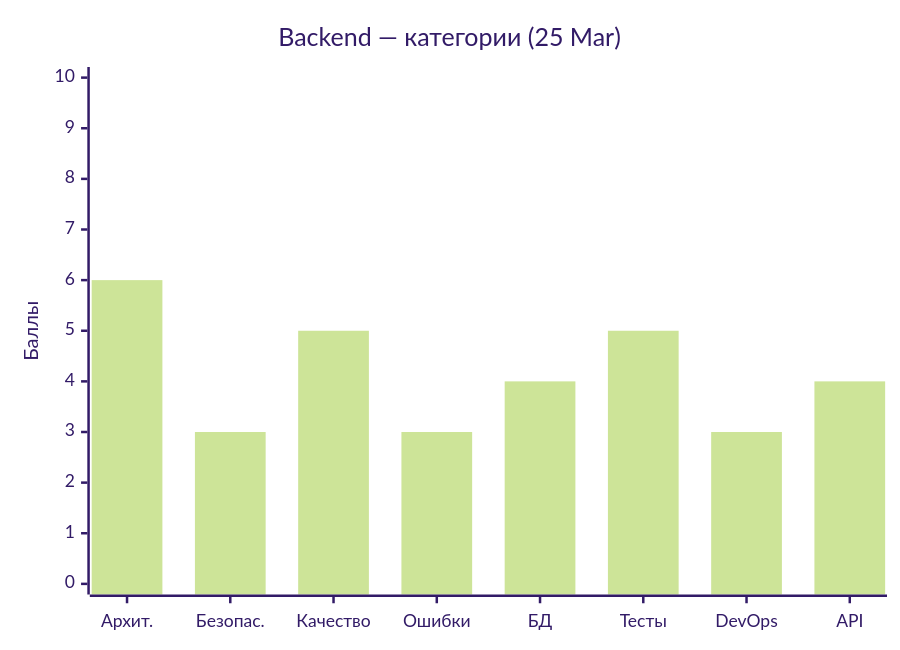
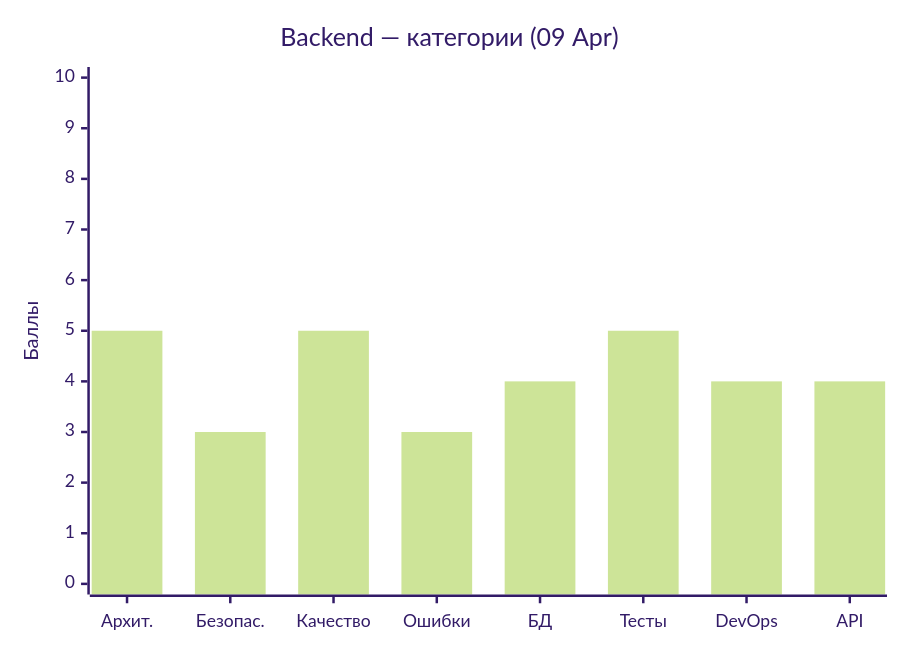
One commit to ngKittyDebug/RS-Tandem-ngKittyDebug changed the fourth of 4 diagrams in CodeQualityStatus/status.md. Above: the diagram before and after it, drawn with Mermaid (forest theme). The commit also changed other lines of this file and 2 other files, not shown here.

First line of the commit message:
docs: update code review 2026-04-09 (4.5/10 backend, 5.0/10 frontend)

````diff
--- a/CodeQualityStatus/status.md
+++ b/CodeQualityStatus/status.md
@@ -140,7 +138,7 @@
 ```mermaid
 xychart-beta
-    title "Backend — категории (25 Mar)"
+    title "Backend — категории (09 Apr)"
     x-axis ["Архит.", "Безопас.", "Качество", "Ошибки", "БД", "Тесты", "DevOps", "API"]
     y-axis "Баллы" 0 --> 10
-    bar [6, 3, 5, 3, 4, 5, 3, 4]
+    bar [5, 3, 5, 3, 4, 5, 4, 4]
 ```
````
